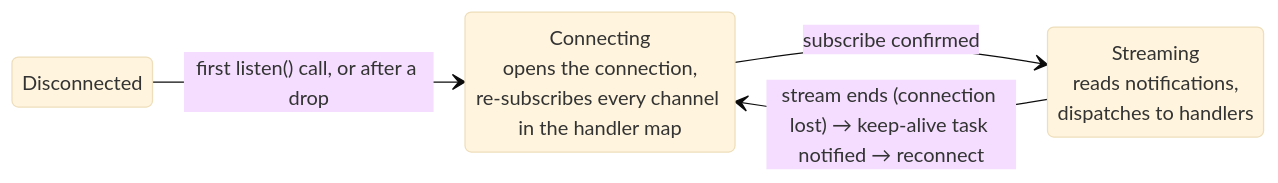
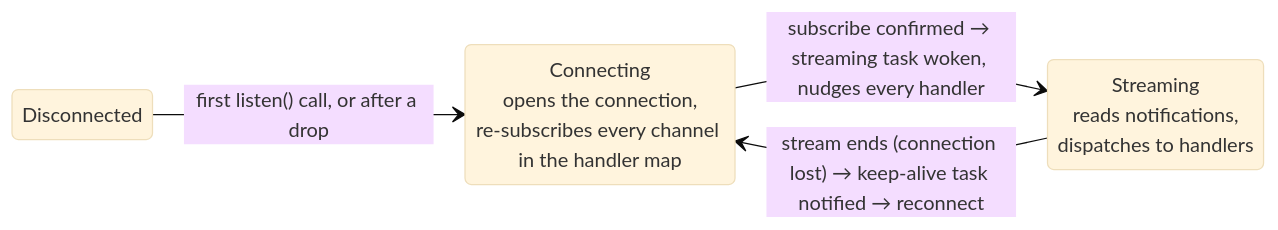
The second of 3 diagrams in docs/shared/db-pooling-and-listening.md (gzp79/shine-services), drawn with Mermaid (base theme) before and after one commit. The commit also changed other lines of this file and 18 other files, not shown here.

````diff
--- a/docs/shared/db-pooling-and-listening.md
+++ b/docs/shared/db-pooling-and-listening.md
@@ -42,11 +42,11 @@
 ```mermaid
 stateDiagram-v2
     direction LR
     Disconnected
     Connecting: Connecting<br/>opens the connection,<br/>re-subscribes every channel in the handler map
     Streaming: Streaming<br/>reads notifications,<br/>dispatches to handlers
 
     Disconnected --> Connecting: first listen() call, or after a drop
-    Connecting --> Streaming: subscribe confirmed
+    Connecting --> Streaming: subscribe confirmed → streaming task woken, nudges every handler
     Streaming --> Connecting: stream ends (connection lost) → keep-alive task notified → reconnect
 ```
````
